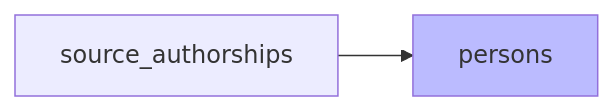
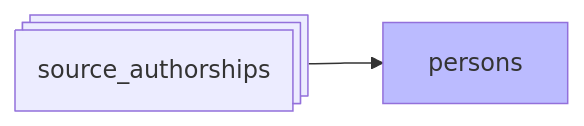
The diagram in docs/pipeline/06-persons.md (Y33sha/bibliometrie-uca), drawn with Mermaid before and after one commit. The commit also changed 27 other files, not shown here.

````diff
--- a/docs/pipeline/06-persons.md
+++ b/docs/pipeline/06-persons.md
@@ -3,6 +3,6 @@
 ```mermaid
 flowchart LR
-    A[source_authorships]-->B[persons]
+    A@{ shape: procs, label: "source_authorships"}-->B[persons]
     classDef new  fill:#bbf
     class B new;
 ```
````
